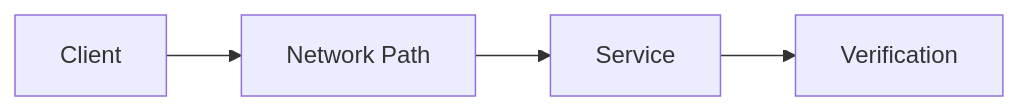
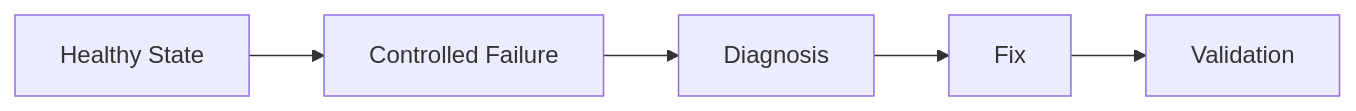
The diagram in docs/lab-output-template.md (NikeMot/NetworkingLabs), drawn with Mermaid before and after one commit. The commit also changed other lines of this file, not shown here.

````diff
--- a/docs/lab-output-template.md
+++ b/docs/lab-output-template.md
@@ -167,6 +194,7 @@
 ```mermaid
 flowchart LR
-    A[Client] --> B[Network Path]
-    B --> C[Service]
-    C --> D[Verification]
+    A[Healthy State] --> B[Controlled Failure]
+    B --> C[Diagnosis]
+    C --> D[Fix]
+    D --> E[Validation]
 ```
````
